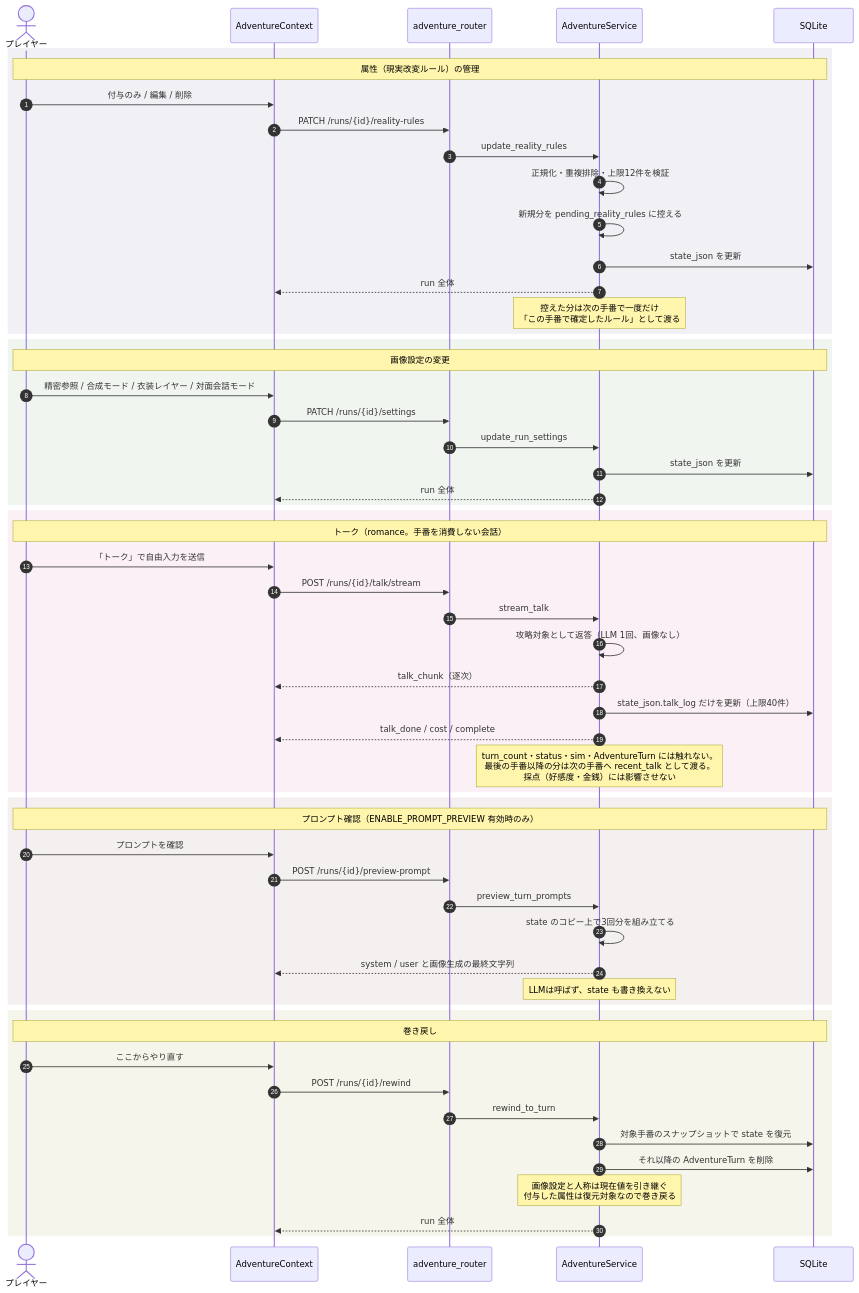
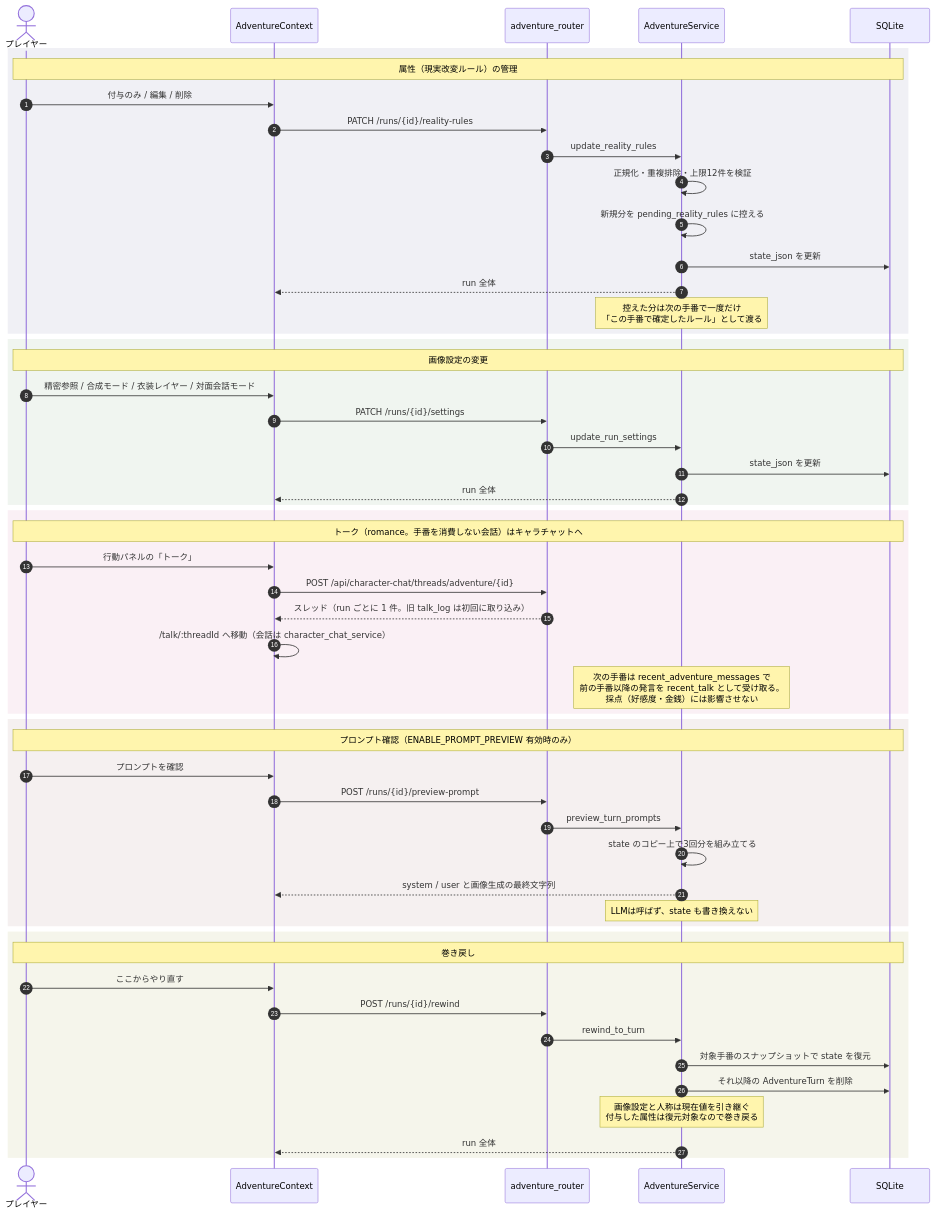
One commit to grind-hash/tsf_closet changed the fourth of 5 diagrams in docs/adventure-flow.md. Above: the diagram before and after it, drawn with Mermaid. The commit also changed other lines of this file and 58 other files, not shown here.

````diff
--- a/docs/adventure-flow.md
+++ b/docs/adventure-flow.md
@@ -254,63 +254,60 @@
 ```mermaid
 sequenceDiagram
     autonumber
     actor U as プレイヤー
     participant C as AdventureContext
     participant R as adventure_router
     participant SV as AdventureService
     participant DB as SQLite
 
     rect rgb(240, 240, 245)
         Note over U,DB: 属性（現実改変ルール）の管理
         U->>C: 付与のみ / 編集 / 削除
         C->>R: PATCH /runs/{id}/reality-rules
         R->>SV: update_reality_rules
         SV->>SV: 正規化・重複排除・上限12件を検証
         SV->>SV: 新規分を pending_reality_rules に控える
         SV->>DB: state_json を更新
         SV-->>C: run 全体
         Note over SV: 控えた分は次の手番で一度だけ<br/>「この手番で確定したルール」として渡る
     end
 
     rect rgb(240, 245, 240)
         Note over U,DB: 画像設定の変更
         U->>C: 精密参照 / 合成モード / 衣装レイヤー / 対面会話モード
         C->>R: PATCH /runs/{id}/settings
         R->>SV: update_run_settings
         SV->>DB: state_json を更新
         SV-->>C: run 全体
     end
 
     rect rgb(250, 240, 245)
-        Note over U,DB: トーク（romance。手番を消費しない会話）
-        U->>C: 「トーク」で自由入力を送信
-        C->>R: POST /runs/{id}/talk/stream
-        R->>SV: stream_talk
-        SV->>SV: 攻略対象として返答（LLM 1回、画像なし）
-        SV-->>C: talk_chunk（逐次）
-        SV->>DB: state_json.talk_log だけを更新（上限40件）
-        SV-->>C: talk_done / cost / complete
-        Note over SV: turn_count・status・sim・AdventureTurn には触れない。<br/>最後の手番以降の分は次の手番へ recent_talk として渡る。<br/>採点（好感度・金銭）には影響させない
+        Note over U,DB: トーク（romance。手番を消費しない会話）はキャラチャットへ
+        U->>C: 行動パネルの「トーク」
+        C->>R: POST /api/character-chat/threads/adventure/{id}
+        R-->>C: スレッド（run ごとに 1 件。旧 talk_log は初回に取り込み）
+        C->>C: /talk/:threadId へ移動（会話は character_chat_service）
+        Note over SV: 次の手番は recent_adventure_messages で<br/>前の手番以降の発言を recent_talk として受け取る。<br/>採点（好感度・金銭）には影響させない
     end
 
     rect rgb(245, 240, 240)
         Note over U,DB: プロンプト確認（ENABLE_PROMPT_PREVIEW 有効時のみ）
         U->>C: プロンプトを確認
         C->>R: POST /runs/{id}/preview-prompt
         R->>SV: preview_turn_prompts
         SV->>SV: state のコピー上で3回分を組み立てる
         SV-->>C: system / user と画像生成の最終文字列
         Note over SV: LLMは呼ばず、state も書き換えない
     end
 
     rect rgb(245, 245, 235)
         Note over U,DB: 巻き戻し
         U->>C: ここからやり直す
         C->>R: POST /runs/{id}/rewind
         R->>SV: rewind_to_turn
         SV->>DB: 対象手番のスナップショットで state を復元
         SV->>DB: それ以降の AdventureTurn を削除
         Note over SV: 画像設定と人称は現在値を引き継ぐ<br/>付与した属性は復元対象なので巻き戻る
         SV-->>C: run 全体
     end
 ```
````
